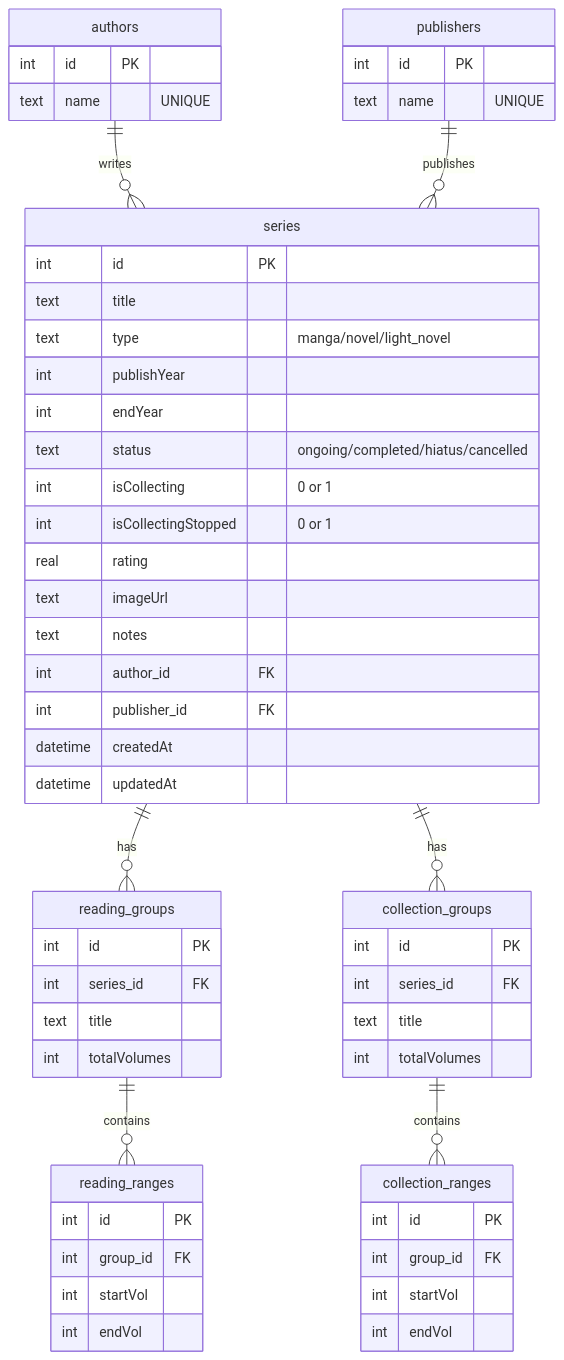
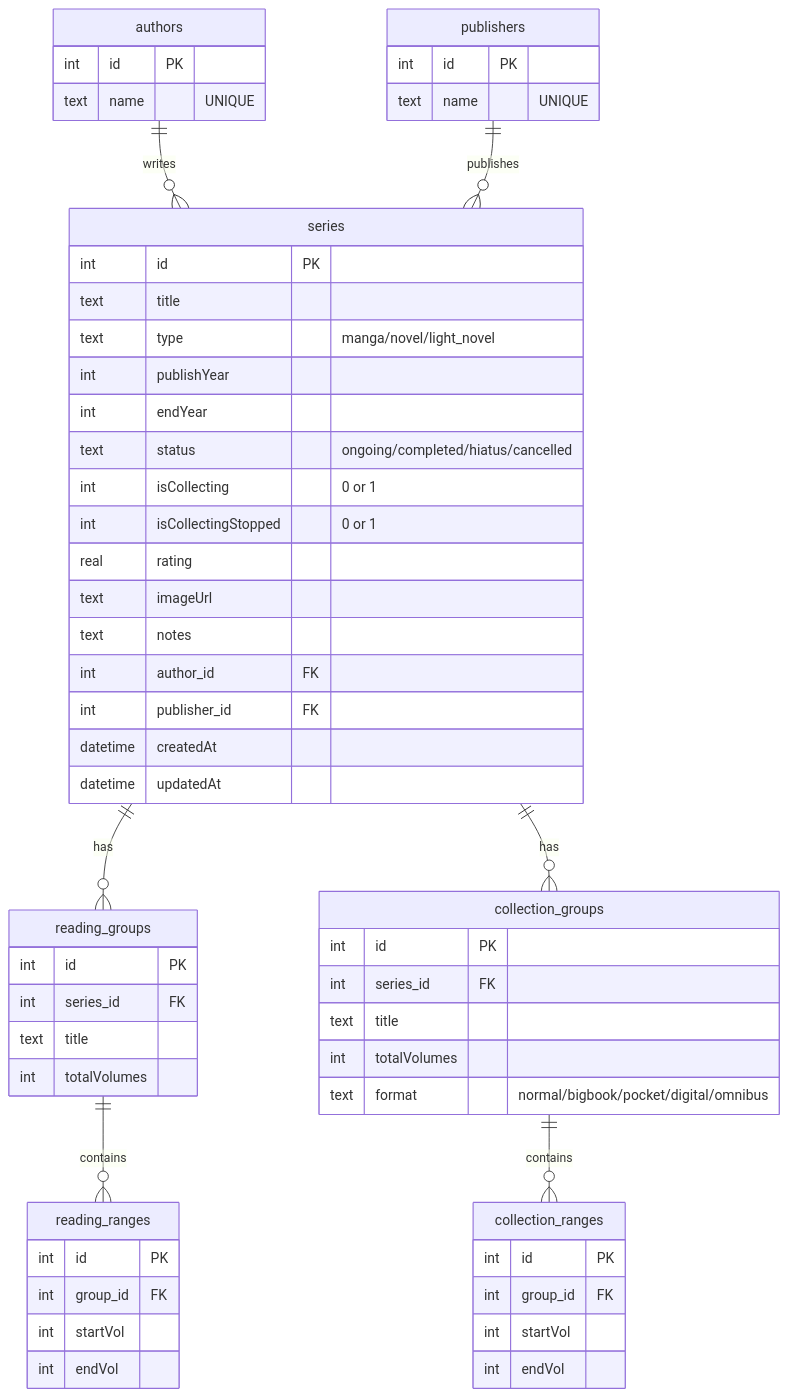
One commit to nex1a1/Book-Tracker changed the diagram in README.md. Above: the diagram before and after it, drawn with Mermaid. The commit also changed other lines of this file and 51 other files, not shown here.

````diff
--- a/README.md
+++ b/README.md
@@ -105,59 +103,60 @@
 ```mermaid
 erDiagram
     authors ||--o{ series : "writes"
     publishers ||--o{ series : "publishes"
     series ||--o{ reading_groups : "has"
     reading_groups ||--o{ reading_ranges : "contains"
     series ||--o{ collection_groups : "has"
     collection_groups ||--o{ collection_ranges : "contains"
 
     authors {
         int id PK
         text name "UNIQUE"
     }
     publishers {
         int id PK
         text name "UNIQUE"
     }
     series {
         int id PK
         text title
         text type "manga/novel/light_novel"
         int publishYear
         int endYear
         text status "ongoing/completed/hiatus/cancelled"
         int isCollecting "0 or 1"
         int isCollectingStopped "0 or 1"
         real rating
         text imageUrl
         text notes
         int author_id FK
         int publisher_id FK
         datetime createdAt
         datetime updatedAt
     }
     reading_groups {
         int id PK
         int series_id FK
         text title
         int totalVolumes
     }
     reading_ranges {
         int id PK
         int group_id FK
         int startVol
         int endVol
     }
     collection_groups {
         int id PK
         int series_id FK
         text title
         int totalVolumes
+        text format "normal/bigbook/pocket/digital/omnibus"
     }
     collection_ranges {
         int id PK
         int group_id FK
         int startVol
         int endVol
     }
 ```
````
